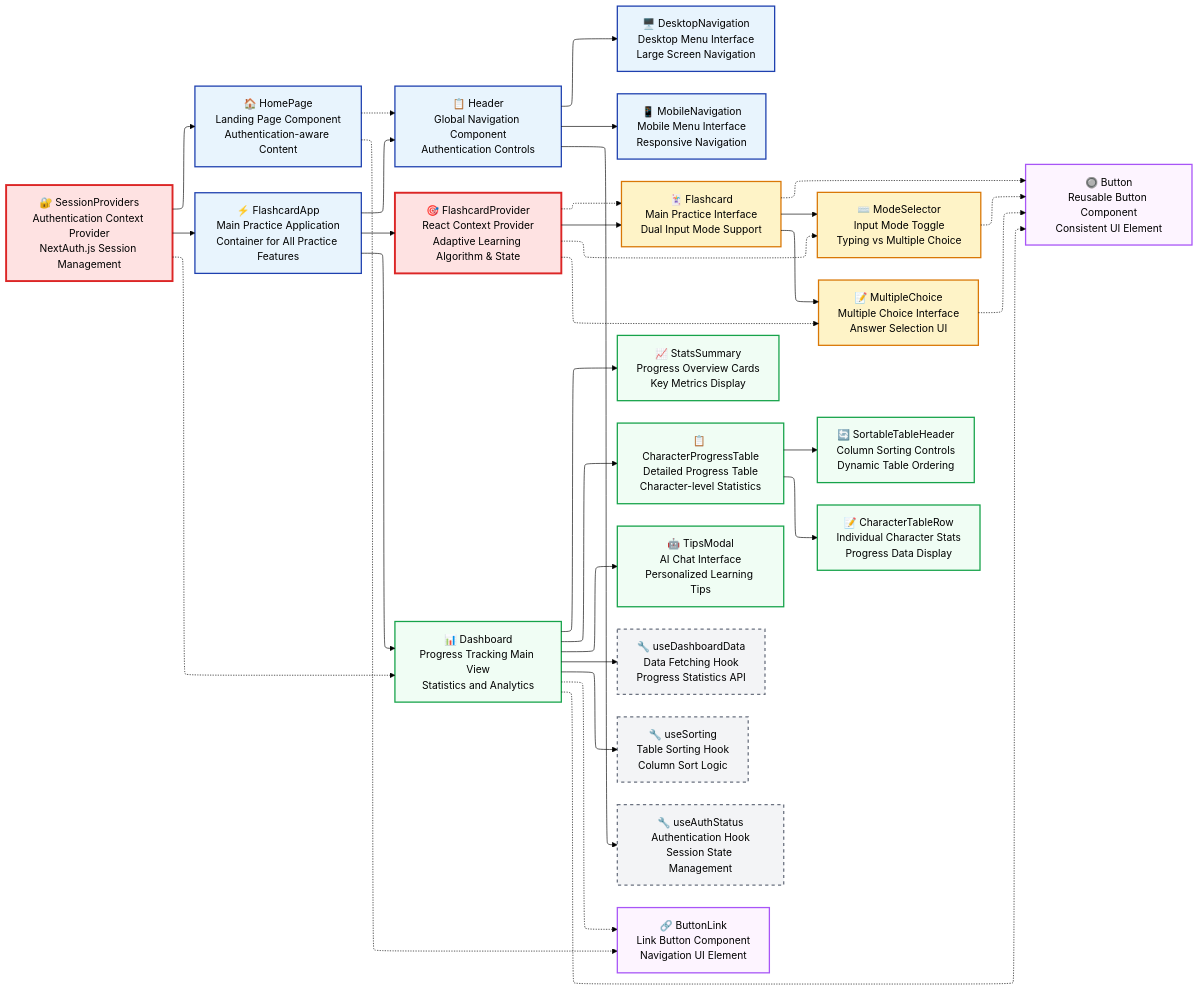
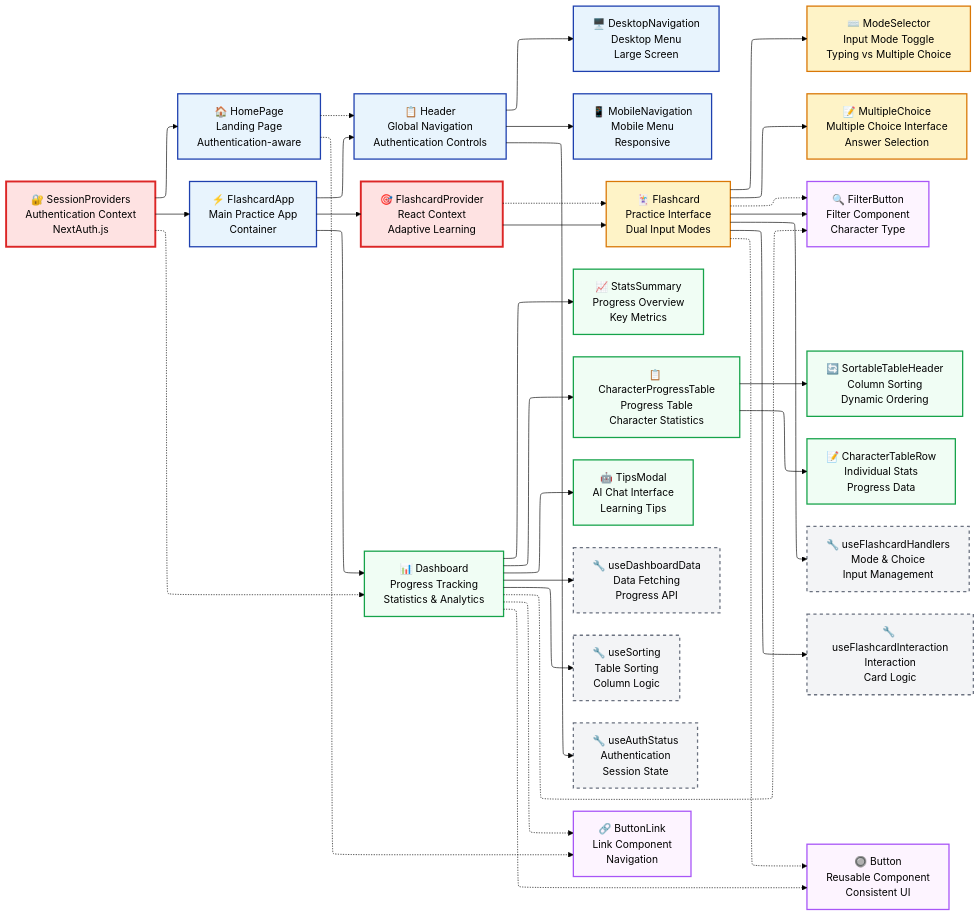
The diagram in docs/mermaid/component.mmd (sakan811/SakuMari), drawn with Mermaid before and after one commit. The commit also changed 6 other files, not shown here.

Commit message:
docs: update architecture documentation and diagrams

```diff
--- a/docs/mermaid/component.mmd
+++ b/docs/mermaid/component.mmd
@@ -1,77 +1,79 @@
 ---
 config:
   theme: 'forest'
   defaultRenderer: "elk"
   layout: elk
 ---
 flowchart LR
     %% Authentication Layer
-    SessionProviders["🔐 SessionProviders<br/>Authentication Context Provider<br/>NextAuth.js Session Management"]
+    SessionProviders["🔐 SessionProviders<br/>Authentication Context<br/>NextAuth.js"]
 
     %% Root Application Structure
-    SessionProviders --> HomePage["🏠 HomePage<br/>Landing Page Component<br/>Authentication-aware Content"]
-    SessionProviders --> FlashcardApp["⚡ FlashcardApp<br/>Main Practice Application<br/>Container for All Practice Features"]
+    SessionProviders --> HomePage["🏠 HomePage<br/>Landing Page<br/>Authentication-aware"]
+    SessionProviders --> FlashcardApp["⚡ FlashcardApp<br/>Main Practice App<br/>Container"]
 
     %% Core Application Components
-    FlashcardApp --> Header["📋 Header<br/>Global Navigation Component<br/>Authentication Controls"]
-    FlashcardApp --> FlashcardProvider["🎯 FlashcardProvider<br/>React Context Provider<br/>Adaptive Learning Algorithm & State"]
+    FlashcardApp --> Header["📋 Header<br/>Global Navigation<br/>Authentication Controls"]
+    FlashcardApp --> FlashcardProvider["🎯 FlashcardProvider<br/>React Context<br/>Adaptive Learning"]
 
-    %% Navigation Components (Header Children)
-    Header --> DesktopNavigation["🖥️ DesktopNavigation<br/>Desktop Menu Interface<br/>Large Screen Navigation"]
-    Header --> MobileNavigation["📱 MobileNavigation<br/>Mobile Menu Interface<br/>Responsive Navigation"]
+    %% Navigation Components
+    Header --> DesktopNavigation["🖥️ DesktopNavigation<br/>Desktop Menu<br/>Large Screen"]
+    Header --> MobileNavigation["📱 MobileNavigation<br/>Mobile Menu<br/>Responsive"]
 
     %% Practice Flow Components
-    FlashcardProvider --> Flashcard["🃏 Flashcard<br/>Main Practice Interface<br/>Dual Input Mode Support"]
+    FlashcardProvider --> Flashcard["🃏 Flashcard<br/>Practice Interface<br/>Dual Input Modes"]
 
     Flashcard --> ModeSelector["⌨️ ModeSelector<br/>Input Mode Toggle<br/>Typing vs Multiple Choice"]
-    Flashcard --> MultipleChoice["📝 MultipleChoice<br/>Multiple Choice Interface<br/>Answer Selection UI"]
+    Flashcard --> MultipleChoice["📝 MultipleChoice<br/>Multiple Choice Interface<br/>Answer Selection"]
+    Flashcard --> FilterButton["🔍 FilterButton<br/>Character Type Filter<br/>Hiragana/Katakana/All"]
 
-    %% Dashboard and Progress Components
-    FlashcardApp --> Dashboard["📊 Dashboard<br/>Progress Tracking Main View<br/>Statistics and Analytics"]
+    %% Dashboard Components
+    FlashcardApp --> Dashboard["📊 Dashboard<br/>Progress Tracking<br/>Statistics & Analytics"]
 
-    Dashboard --> StatsSummary["📈 StatsSummary<br/>Progress Overview Cards<br/>Key Metrics Display"]
-    Dashboard --> CharacterProgressTable["📋 CharacterProgressTable<br/>Detailed Progress Table<br/>Character-level Statistics"]
-    Dashboard --> TipsModal["🤖 TipsModal<br/>AI Chat Interface<br/>Personalized Learning Tips"]
+    Dashboard --> StatsSummary["📈 StatsSummary<br/>Progress Overview<br/>Key Metrics"]
+    Dashboard --> CharacterProgressTable["📋 CharacterProgressTable<br/>Progress Table<br/>Character Statistics"]
+    Dashboard --> TipsModal["🤖 TipsModal<br/>AI Chat Interface<br/>Learning Tips"]
 
     %% Table Sub-Components
-    CharacterProgressTable --> SortableTableHeader["🔄 SortableTableHeader<br/>Column Sorting Controls<br/>Dynamic Table Ordering"]
-    CharacterProgressTable --> CharacterTableRow["📝 CharacterTableRow<br/>Individual Character Stats<br/>Progress Data Display"]
+    CharacterProgressTable --> SortableTableHeader["🔄 SortableTableHeader<br/>Column Sorting<br/>Dynamic Ordering"]
+    CharacterProgressTable --> CharacterTableRow["📝 CharacterTableRow<br/>Individual Stats<br/>Progress Data"]
 
     %% Custom Hooks Integration
-    Dashboard --> useDashboardData["🔧 useDashboardData<br/>Data Fetching Hook<br/>Progress Statistics API"]
-    Dashboard --> useSorting["🔧 useSorting<br/>Table Sorting Hook<br/>Column Sort Logic"]
-    Header --> useAuthStatus["🔧 useAuthStatus<br/>Authentication Hook<br/>Session State Management"]
+    Dashboard --> useDashboardData["🔧 useDashboardData<br/>Data Fetching<br/>Progress API"]
+    Dashboard --> useSorting["🔧 useSorting<br/>Table Sorting<br/>Column Logic"]
+    Header --> useAuthStatus["🔧 useAuthStatus<br/>Authentication<br/>Session State"]
+    Flashcard --> useFlashcardHandlers["🔧 useFlashcardHandlers<br/>Mode & Choice<br/>Input Management"]
+    Flashcard --> useFlashcardInteraction["🔧 useFlashcardInteraction<br/>Interaction<br/>Card Logic"]
 
-    %% Reusable UI Components
-    Button["🔘 Button<br/>Reusable Button Component<br/>Consistent UI Element"]
-    ButtonLink["🔗 ButtonLink<br/>Link Button Component<br/>Navigation UI Element"]
+    %% UI Components System
+    Button["🔘 Button<br/>Reusable Component<br/>Consistent UI"]
+    ButtonLink["🔗 ButtonLink<br/>Link Component<br/>Navigation"]
+    FilterButton["🔍 FilterButton<br/>Filter Component<br/>Character Type"]
 
     %% Component Usage Relationships
     HomePage -.-> Header
     HomePage -.-> ButtonLink
     Dashboard -.-> Button
     Dashboard -.-> ButtonLink
-    ModeSelector -.-> Button
-    MultipleChoice -.-> Button
     Flashcard -.-> Button
+    Flashcard -.-> FilterButton
+    Dashboard -.-> FilterButton
 
     %% Context Provider Relationships
     FlashcardProvider -.-> Flashcard
-    FlashcardProvider -.-> ModeSelector
-    FlashcardProvider -.-> MultipleChoice
     SessionProviders -.-> Dashboard
 
     %% Styling Classes
     classDef coreComponent fill:#e8f4fd,stroke:#1e40af,stroke-width:2px
     classDef practiceComponent fill:#fef3c7,stroke:#d97706,stroke-width:2px
     classDef dashboardComponent fill:#f0fdf4,stroke:#16a34a,stroke-width:2px
     classDef uiComponent fill:#fdf4ff,stroke:#a855f7,stroke-width:2px
     classDef contextProvider fill:#fee2e2,stroke:#dc2626,stroke-width:3px
     classDef customHook fill:#f3f4f6,stroke:#6b7280,stroke-width:2px,stroke-dasharray: 5 5
 
     class SessionProviders,HomePage,FlashcardApp,Header,DesktopNavigation,MobileNavigation coreComponent
     class Flashcard,ModeSelector,MultipleChoice,FlashcardProvider practiceComponent
     class Dashboard,StatsSummary,CharacterProgressTable,SortableTableHeader,CharacterTableRow,TipsModal dashboardComponent
-    class Button,ButtonLink uiComponent
+    class Button,ButtonLink,FilterButton uiComponent
     class FlashcardProvider,SessionProviders contextProvider
-    class useDashboardData,useSorting,useAuthStatus customHook
+    class useDashboardData,useSorting,useAuthStatus,useFlashcardHandlers,useFlashcardInteraction customHook
```
